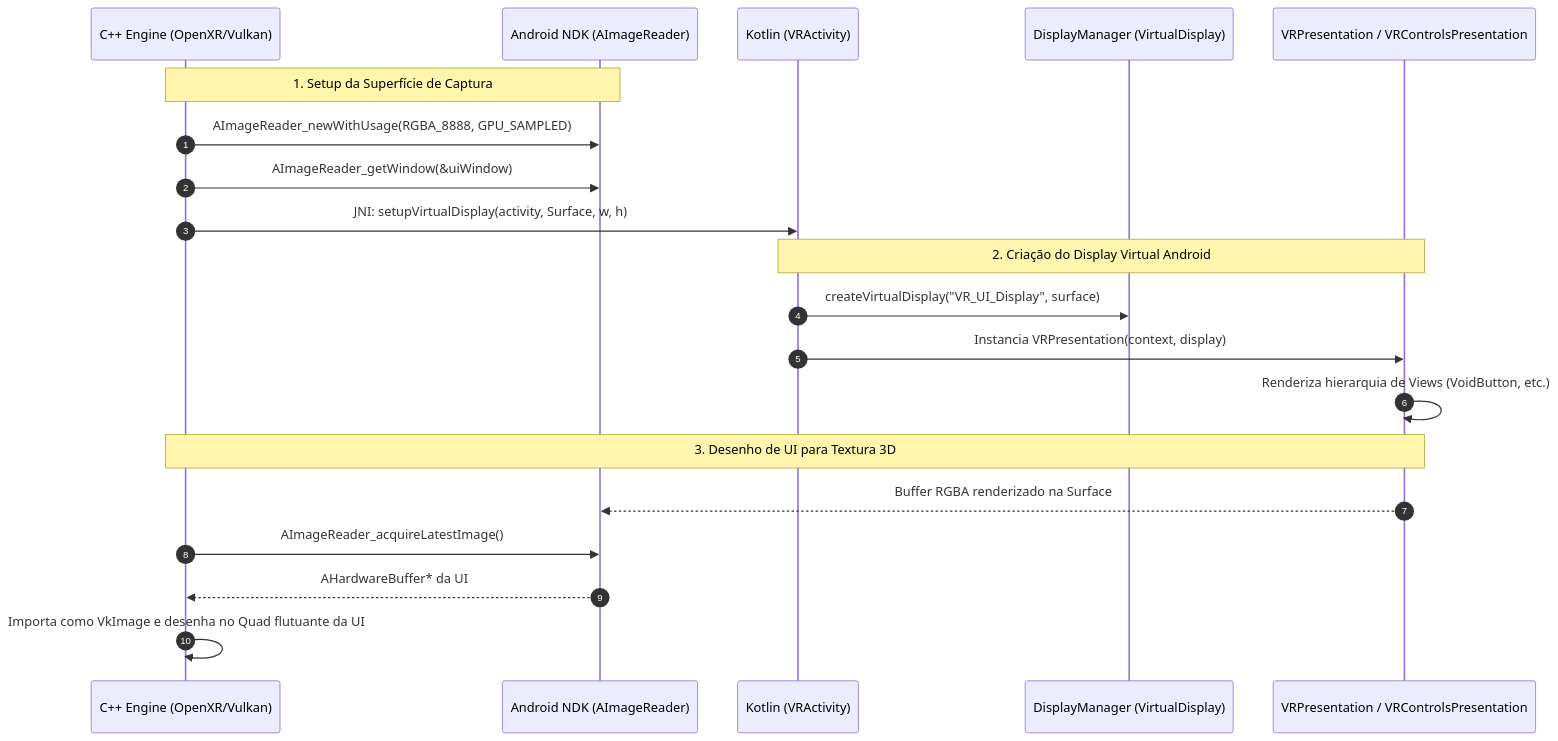
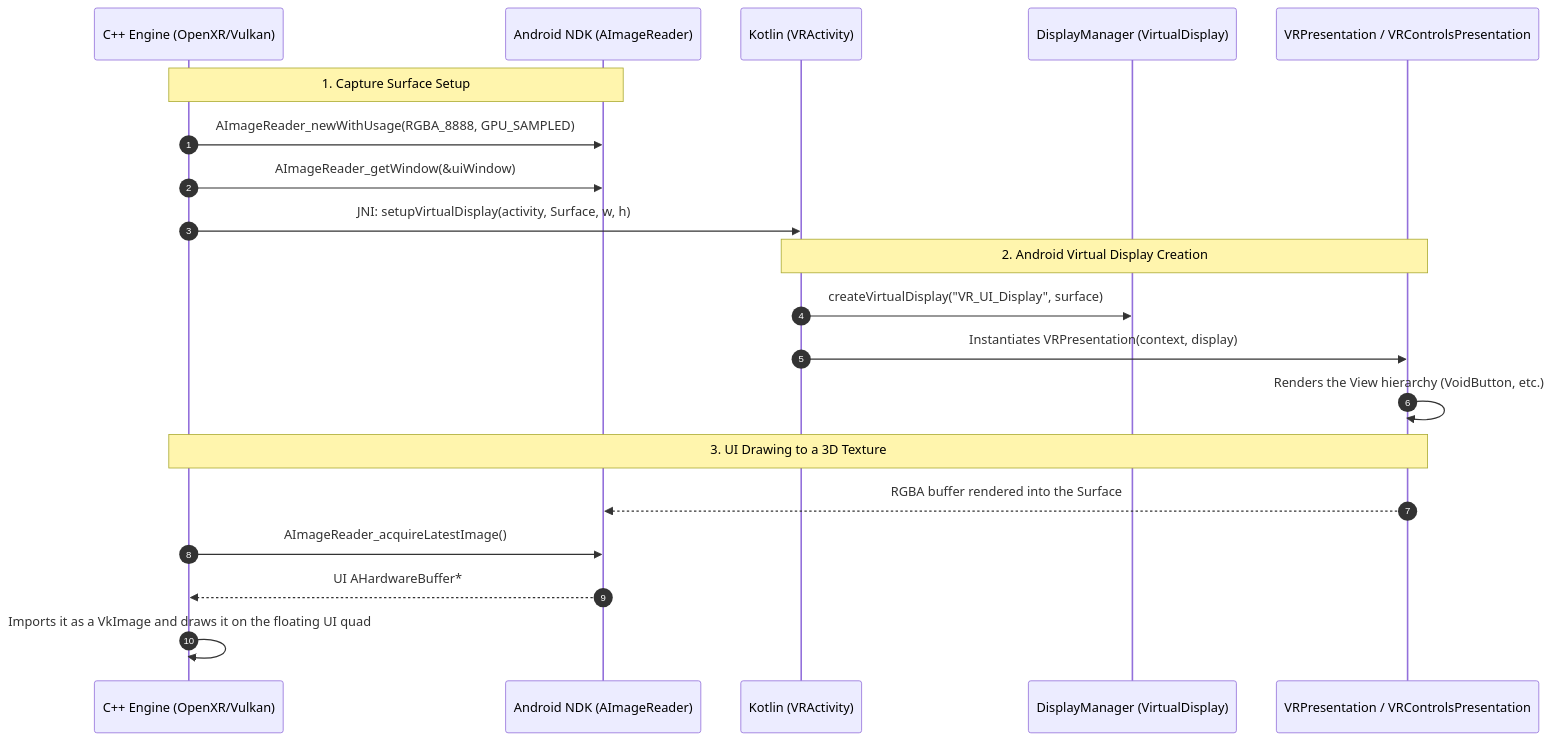
One commit to BGLuis/tucaVR changed the second of 8 diagrams in docs/ARCHITECTURE.md. Above: the diagram before and after it, drawn with Mermaid. The commit also changed other lines of this file and 4 other files, not shown here.

````diff
--- a/docs/ARCHITECTURE.md
+++ b/docs/ARCHITECTURE.md
@@ -179,25 +181,25 @@
 ```mermaid
 sequenceDiagram
     autonumber
     participant C as C++ Engine (OpenXR/Vulkan)
     participant AR as Android NDK (AImageReader)
     participant K as Kotlin (VRActivity)
     participant VD as DisplayManager (VirtualDisplay)
     participant P as VRPresentation / VRControlsPresentation
 
-    Note over C,AR: 1. Setup da Superfície de Captura
+    Note over C,AR: 1. Capture Surface Setup
     C->>AR: AImageReader_newWithUsage(RGBA_8888, GPU_SAMPLED)
     C->>AR: AImageReader_getWindow(&uiWindow)
     C->>K: JNI: setupVirtualDisplay(activity, Surface, w, h)
-    
-    Note over K,P: 2. Criação do Display Virtual Android
+
+    Note over K,P: 2. Android Virtual Display Creation
     K->>VD: createVirtualDisplay("VR_UI_Display", surface)
-    K->>P: Instancia VRPresentation(context, display)
-    P->>P: Renderiza hierarquia de Views (VoidButton, etc.)
-    
-    Note over P,C: 3. Desenho de UI para Textura 3D
-    P-->>AR: Buffer RGBA renderizado na Surface
+    K->>P: Instantiates VRPresentation(context, display)
+    P->>P: Renders the View hierarchy (VoidButton, etc.)
+
+    Note over P,C: 3. UI Drawing to a 3D Texture
+    P-->>AR: RGBA buffer rendered into the Surface
     C->>AR: AImageReader_acquireLatestImage()
-    AR-->>C: AHardwareBuffer* da UI
-    C->>C: Importa como VkImage e desenha no Quad flutuante da UI
+    AR-->>C: UI AHardwareBuffer*
+    C->>C: Imports it as a VkImage and draws it on the floating UI quad
 ```
````
